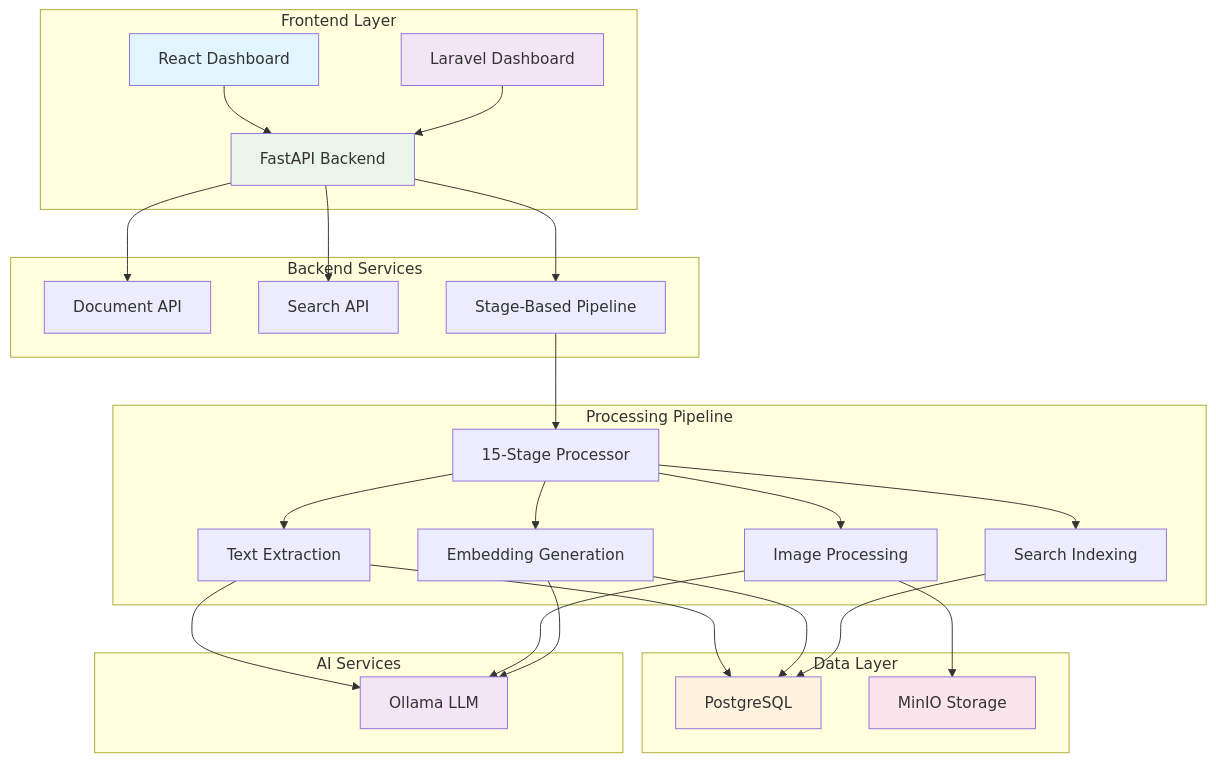
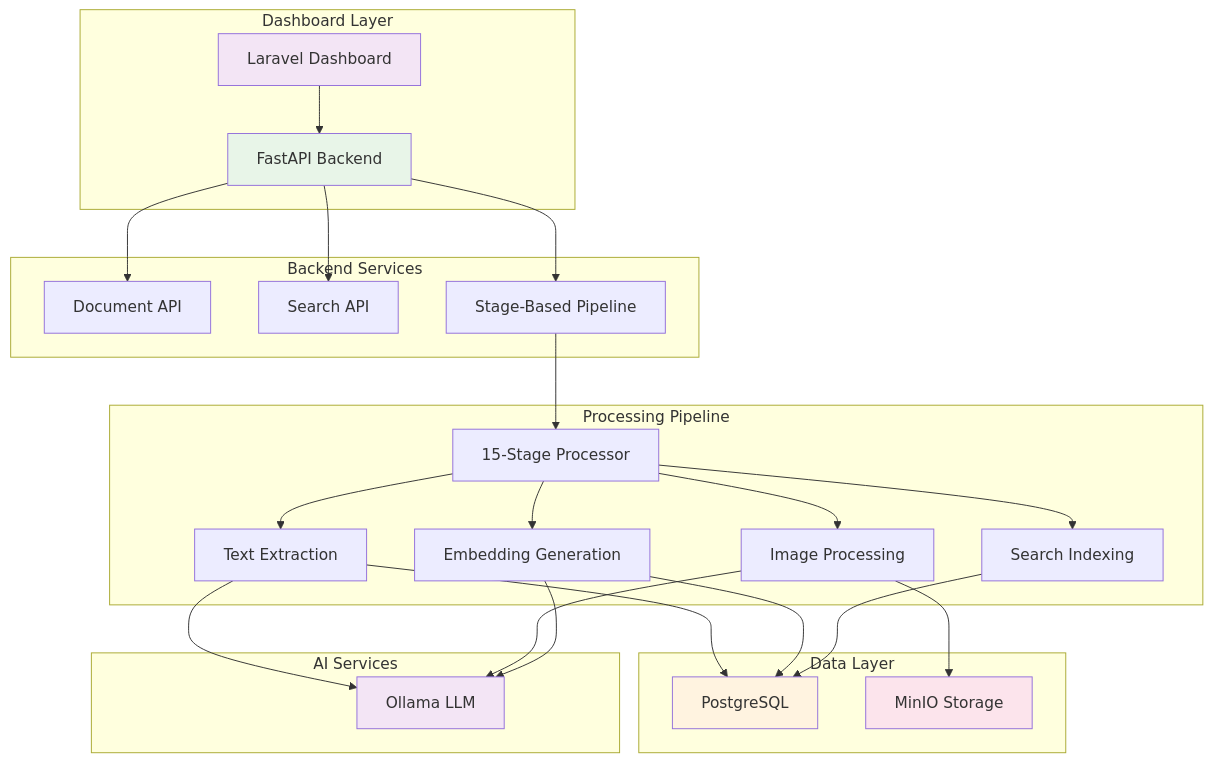
The first of 3 diagrams in docs/ARCHITECTURE.md (Kunze-Ritter/Manual2Vector), drawn with Mermaid before and after one commit. The commit also changed other lines of this file and 281 other files, not shown here.

````diff
--- a/docs/ARCHITECTURE.md
+++ b/docs/ARCHITECTURE.md
@@ -5,41 +5,39 @@
 ```mermaid
 flowchart TD
-    subgraph "Frontend Layer"
-        A[React Dashboard] --> B[FastAPI Backend]
-        C[Laravel Dashboard] --> B
+    subgraph "Dashboard Layer"
+        A[Laravel Dashboard] --> B[FastAPI Backend]
     end
     
     subgraph "Backend Services"
         B --> D[Document API]
         B --> E[Search API]
         B --> F[Stage-Based Pipeline]
     end
     
     subgraph "Processing Pipeline"
         F --> G[15-Stage Processor]
         G --> H[Text Extraction]
         G --> I[Image Processing]
         G --> J[Embedding Generation]
         G --> K[Search Indexing]
     end
     
     subgraph "Data Layer"
         H --> L[PostgreSQL]
         I --> M[MinIO Storage]
         J --> L
         K --> L
     end
     
     subgraph "AI Services"
         H --> N[Ollama LLM]
         I --> N
         J --> N
     end
     
-    style A fill:#e1f5fe
-    style C fill:#f3e5f5
+    style A fill:#f3e5f5
     style B fill:#e8f5e8
     style L fill:#fff3e0
     style M fill:#fce4ec
     style N fill:#f3e5f5
 ```
````
